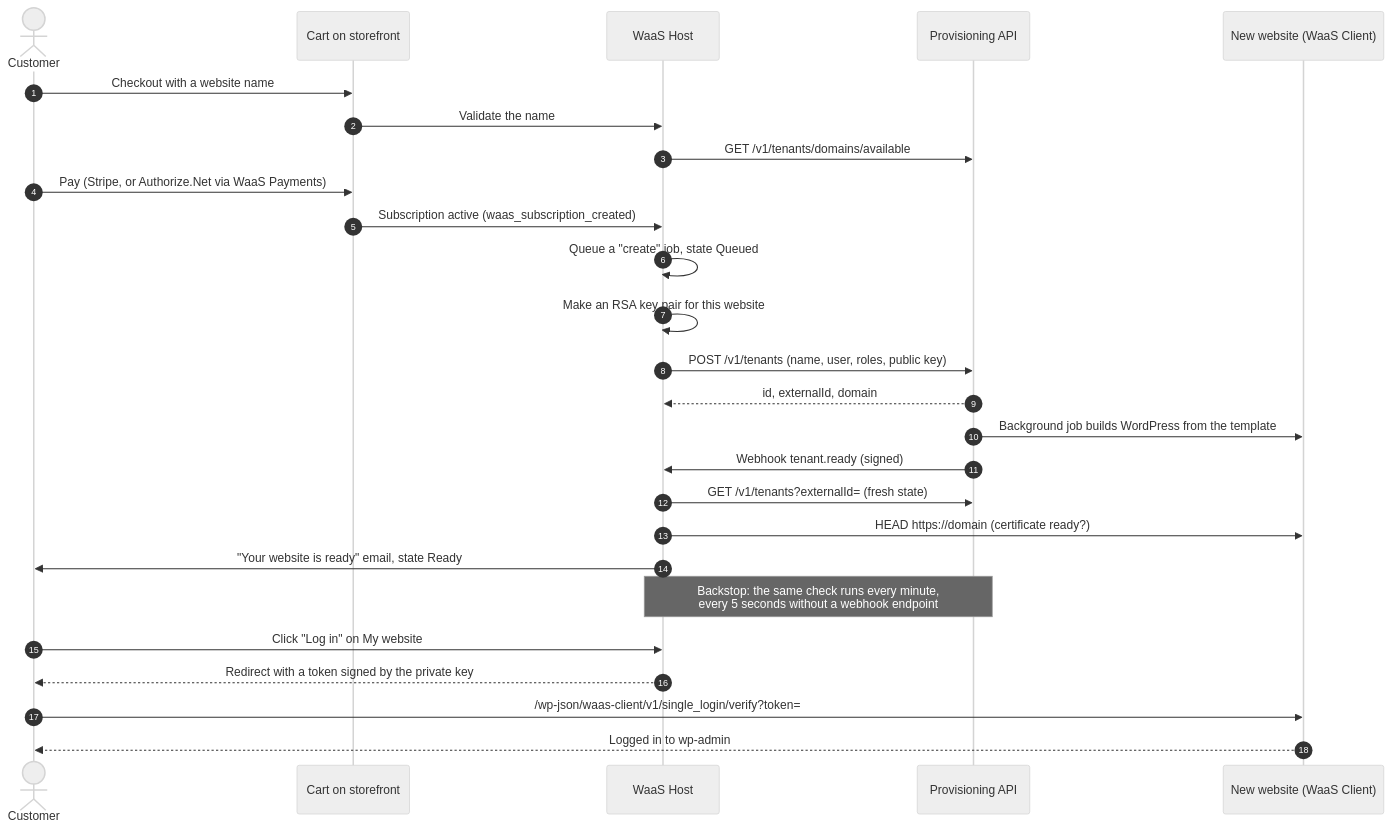
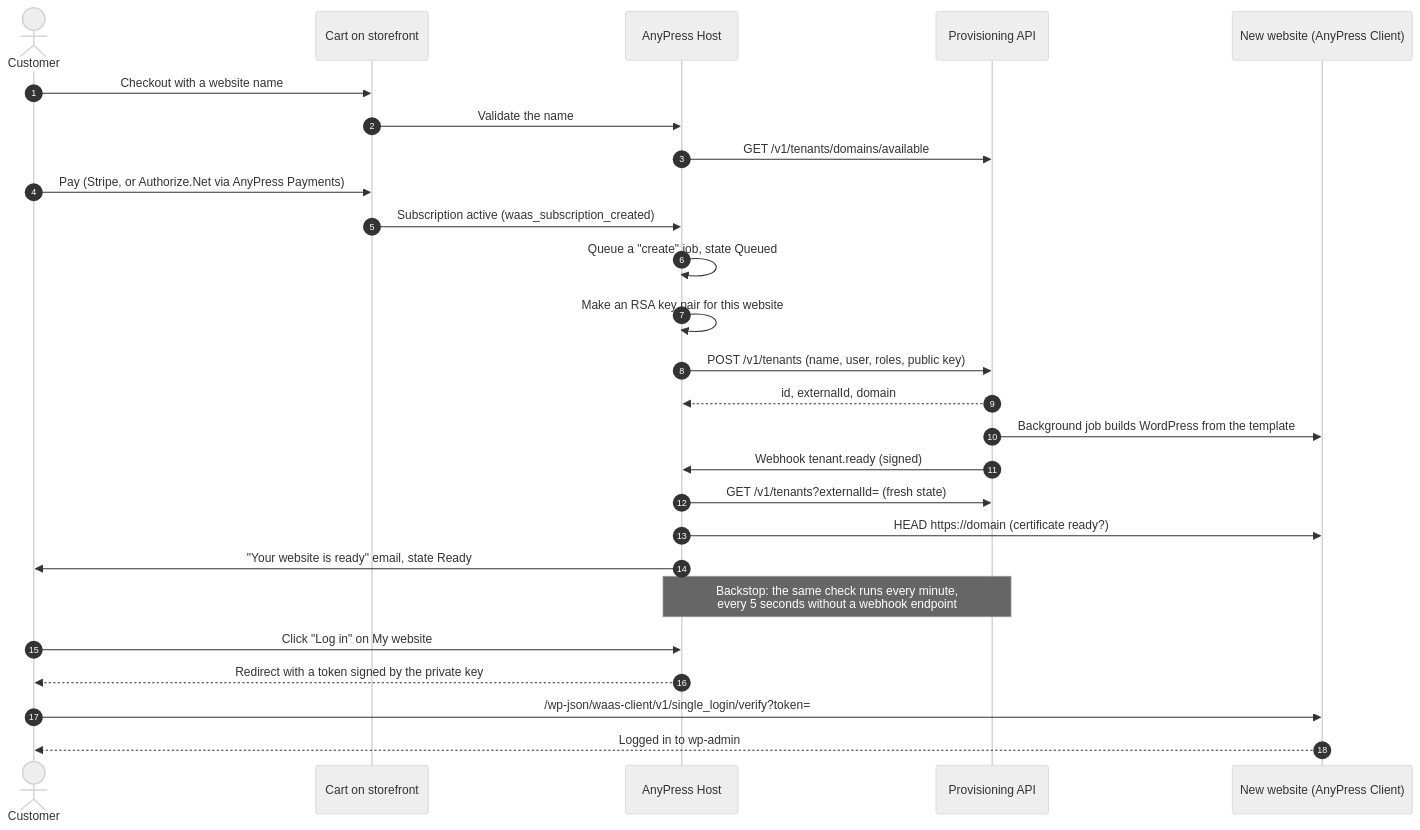
The second of 5 diagrams in docs/architecture/README.md (hamchowderr/waas-plugins), drawn with Mermaid (neutral theme) before and after one commit. The commit also changed other lines of this file and 74 other files, not shown here.

First line of the commit message:
AnyPress Host 2.11.0, AnyPress Client 2.13.0, AnyPress Payments 0.2.0-beta.3: AnyPress names (waas-api-x4a)

````diff
--- a/docs/architecture/README.md
+++ b/docs/architecture/README.md
@@ -71,29 +71,29 @@
 ```mermaid
 sequenceDiagram
   autonumber
   actor C as Customer
   participant CART as Cart on storefront
-  participant HOST as WaaS Host
+  participant HOST as AnyPress Host
   participant API as Provisioning API
-  participant ST as New website (WaaS Client)
+  participant ST as New website (AnyPress Client)
 
   C->>CART: Checkout with a website name
   CART->>HOST: Validate the name
   HOST->>API: GET /v1/tenants/domains/available
-  C->>CART: Pay (Stripe, or Authorize.Net via WaaS Payments)
+  C->>CART: Pay (Stripe, or Authorize.Net via AnyPress Payments)
   CART->>HOST: Subscription active (waas_subscription_created)
   HOST->>HOST: Queue a "create" job, state Queued
   HOST->>HOST: Make an RSA key pair for this website
   HOST->>API: POST /v1/tenants (name, user, roles, public key)
   API-->>HOST: id, externalId, domain
   API->>ST: Background job builds WordPress from the template
   API->>HOST: Webhook tenant.ready (signed)
   HOST->>API: GET /v1/tenants?externalId= (fresh state)
   HOST->>ST: HEAD https://domain (certificate ready?)
   HOST->>C: "Your website is ready" email, state Ready
   Note over HOST,API: Backstop: the same check runs every minute,<br/>every 5 seconds without a webhook endpoint
   C->>HOST: Click "Log in" on My website
   HOST-->>C: Redirect with a token signed by the private key
   C->>ST: /wp-json/waas-client/v1/single_login/verify?token=
   ST-->>C: Logged in to wp-admin
 ```
````
